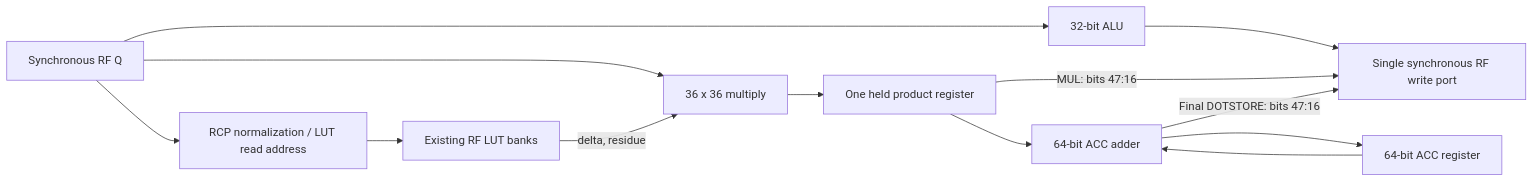
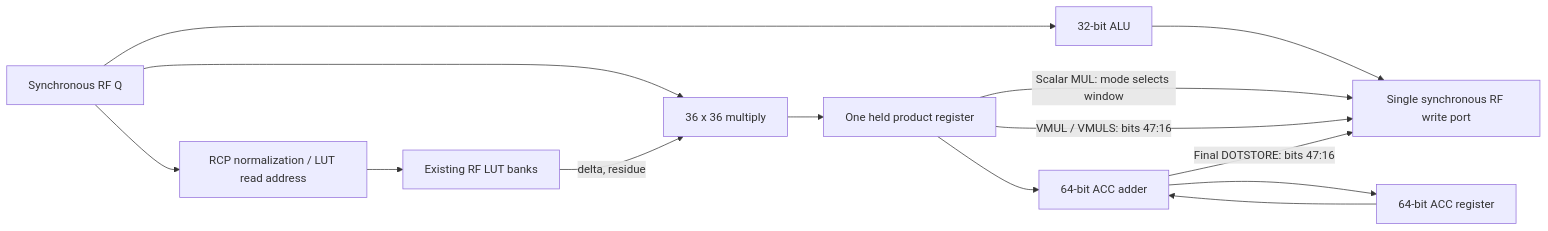
One commit to misdake/DigitalDesign changed the diagram in ip/cpu-v3/docs/hardware-architecture.md. Above: the diagram before and after it, drawn with Mermaid. The commit also changed other lines of this file and 20 other files, not shown here.

````diff
--- a/ip/cpu-v3/docs/hardware-architecture.md
+++ b/ip/cpu-v3/docs/hardware-architecture.md
@@ -366,15 +366,16 @@
 ```mermaid
 flowchart LR
     Q["Synchronous RF Q"] --> ALU["32-bit ALU"]
     ALU --> W["Single synchronous RF write port"]
     Q --> M["36 x 36 multiply"]
     M --> P["One held product register"]
-    P -->|"MUL: bits 47:16"| W
+    P -->|"Scalar MUL: mode selects window"| W
+    P -->|"VMUL / VMULS: bits 47:16"| W
     P --> A["64-bit ACC adder"]
     A --> R["64-bit ACC register"]
     R --> A
     A -->|"Final DOTSTORE: bits 47:16"| W
     Q --> N["RCP normalization / LUT read address"]
     N --> L["Existing RF LUT banks"]
     L -->|"delta, residue"| M
 ```
````
